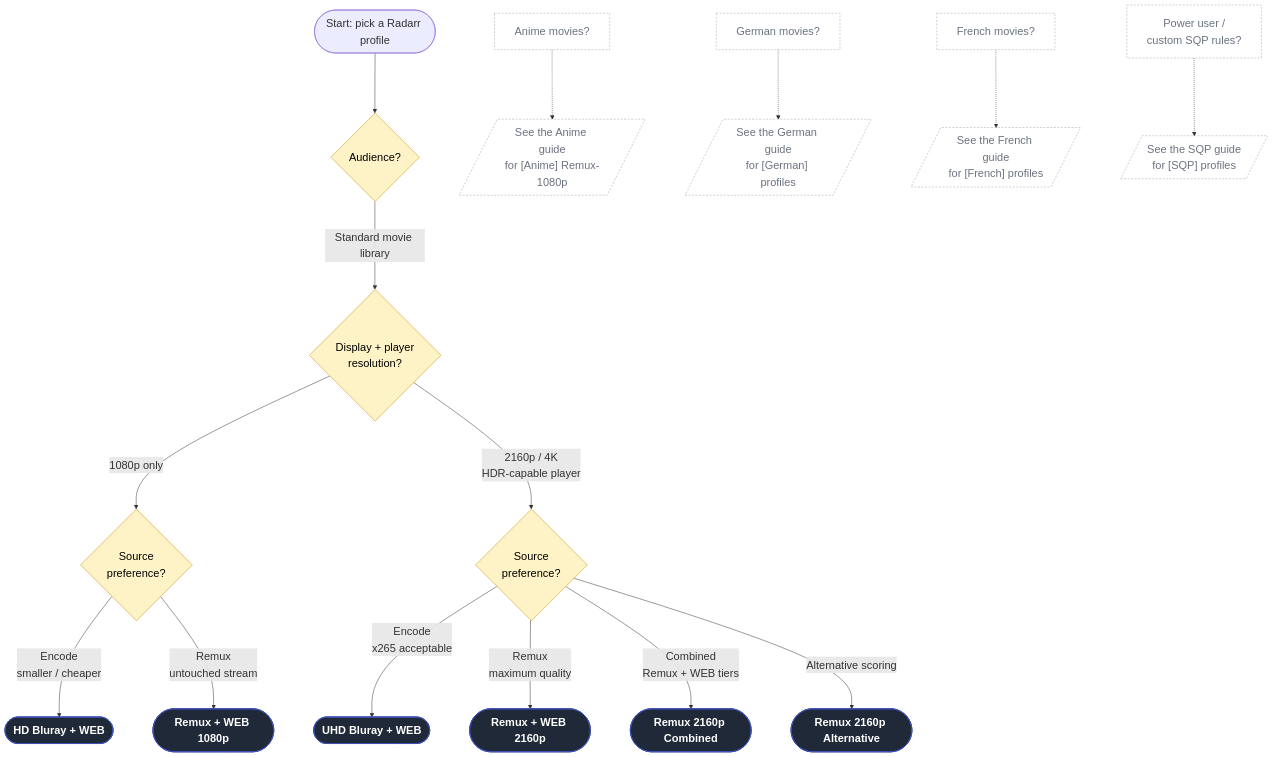
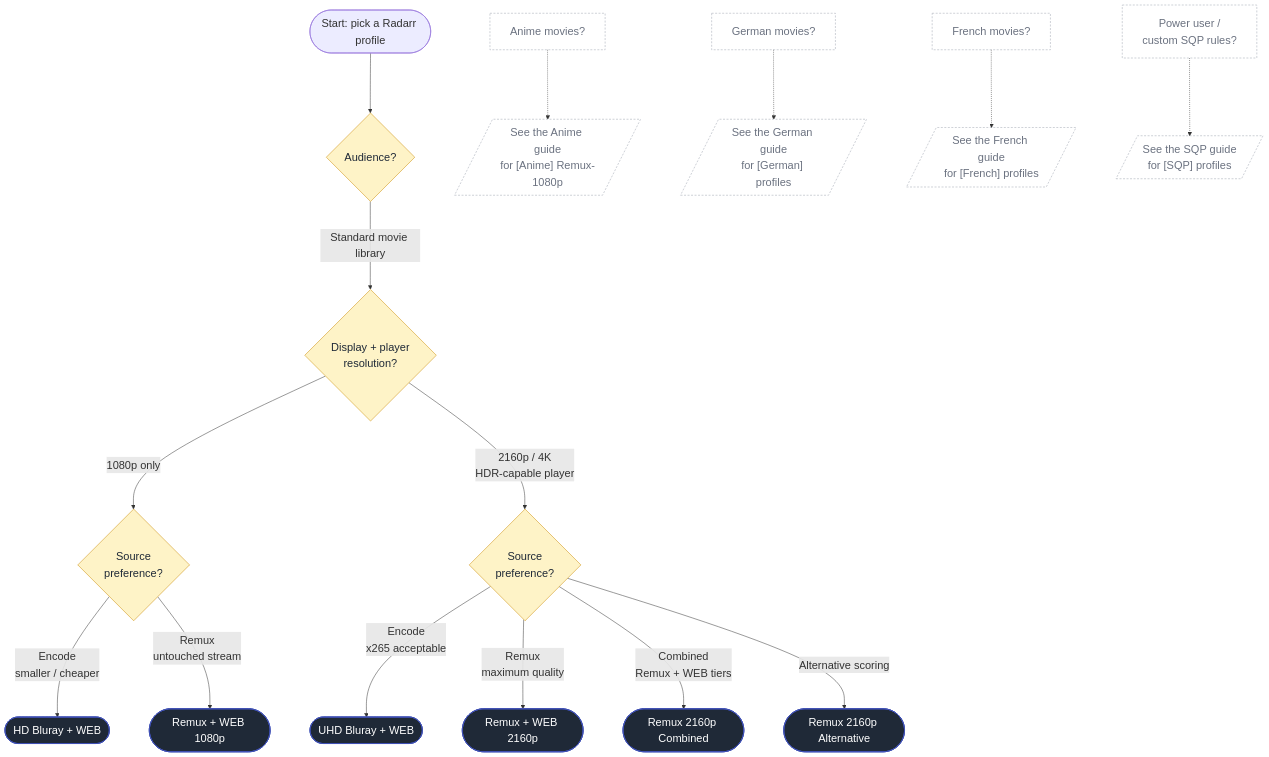
The diagram in includes/starr/_pick-a-profile-chart-radarr.md (TRaSH-Guides/Guides), drawn with Mermaid before and after one commit. The commit also changed 12 other files, not shown here.

Commit message:
fix(starr): Fix flowchart text contrast and overflow, collapse inline charts

````diff
--- a/includes/starr/_pick-a-profile-chart-radarr.md
+++ b/includes/starr/_pick-a-profile-chart-radarr.md
@@ -2,28 +2,28 @@
 ```mermaid
 %%{init: {"flowchart": {"useMaxWidth": false, "htmlLabels": true, "curve": "basis", "nodeSpacing": 80, "rankSpacing": 110, "padding": 20}, "themeVariables": {"fontSize": "22px"}}}%%
 flowchart TD
-    START([Start: pick a Radarr profile]) --> KIND{Audience?}
-    KIND -->|Standard movie library| RES{Display + player<br/>resolution?}
+    START([Start: pick a Radarr profile]) --> KIND{"<span style='color:#1f2937'>Audience?</span>"}
+    KIND -->|Standard movie library| RES{"<span style='color:#1f2937'>Display + player<br/>resolution?</span>"}
 
-    RES -->|1080p only| HD_SRC{Source<br/>preference?}
-    HD_SRC -->|Encode<br/>smaller / cheaper| P_HD([HD Bluray + WEB])
-    HD_SRC -->|Remux<br/>untouched stream| P_R1080([Remux + WEB 1080p])
+    RES -->|1080p only| HD_SRC{"<span style='color:#1f2937'>Source<br/>preference?</span>"}
+    HD_SRC -->|Encode<br/>smaller / cheaper| P_HD(["<span style='color:#fff'>HD Bluray + WEB</span>"])
+    HD_SRC -->|Remux<br/>untouched stream| P_R1080(["<span style='color:#fff'>Remux + WEB 1080p</span>"])
 
-    RES -->|2160p / 4K<br/>HDR-capable player| UHD_SRC{Source<br/>preference?}
-    UHD_SRC -->|Encode<br/>x265 acceptable| P_UHD([UHD Bluray + WEB])
-    UHD_SRC -->|Remux<br/>maximum quality| P_R2160([Remux + WEB 2160p])
-    UHD_SRC -->|Combined<br/>Remux + WEB tiers| P_R2160_COMB([Remux 2160p Combined])
-    UHD_SRC -->|Alternative scoring| P_R2160_ALT([Remux 2160p Alternative])
+    RES -->|2160p / 4K<br/>HDR-capable player| UHD_SRC{"<span style='color:#1f2937'>Source<br/>preference?</span>"}
+    UHD_SRC -->|Encode<br/>x265 acceptable| P_UHD(["<span style='color:#fff'>UHD Bluray + WEB</span>"])
+    UHD_SRC -->|Remux<br/>maximum quality| P_R2160(["<span style='color:#fff'>Remux + WEB 2160p</span>"])
+    UHD_SRC -->|Combined<br/>Remux + WEB tiers| P_R2160_COMB(["<span style='color:#fff'>Remux 2160p Combined</span>"])
+    UHD_SRC -->|Alternative scoring| P_R2160_ALT(["<span style='color:#fff'>Remux 2160p Alternative</span>"])
 
     ANIME[Anime movies?] -.-> ANIME_LINK[/"See the Anime guide<br/>for [Anime] Remux-1080p"/]
     DE[German movies?] -.-> DE_LINK[/"See the German guide<br/>for [German] profiles"/]
     FR[French movies?] -.-> FR_LINK[/"See the French guide<br/>for [French] profiles"/]
     SQP[Power user /<br/>custom SQP rules?] -.-> SQP_LINK[/"See the SQP guide<br/>for [SQP] profiles"/]
 
-    classDef leaf fill:#1f2937,stroke:#4051B5,stroke-width:2px,color:#fff,font-weight:bold;
-    classDef decision fill:#fef3c7,stroke:#ca8a04,color:#000;
+    classDef leaf fill:#1f2937,stroke:#4051B5,stroke-width:2px,color:#fff;
+    classDef decision fill:#fef3c7,stroke:#ca8a04,color:#1f2937;
     classDef pointer fill:none,stroke:#9ca3af,stroke-dasharray:4 3,color:#6b7280;
     class P_HD,P_R1080,P_UHD,P_R2160,P_R2160_COMB,P_R2160_ALT leaf;
     class KIND,RES,HD_SRC,UHD_SRC decision;
     class ANIME,ANIME_LINK,DE,DE_LINK,FR,FR_LINK,SQP,SQP_LINK pointer;
 ```
````
